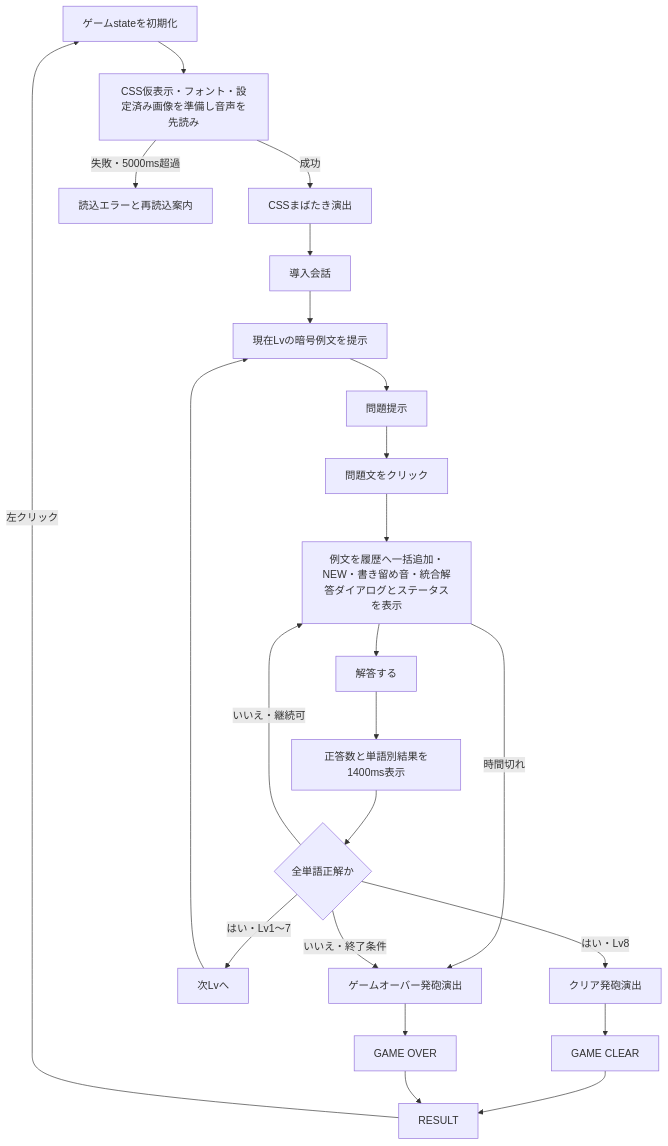
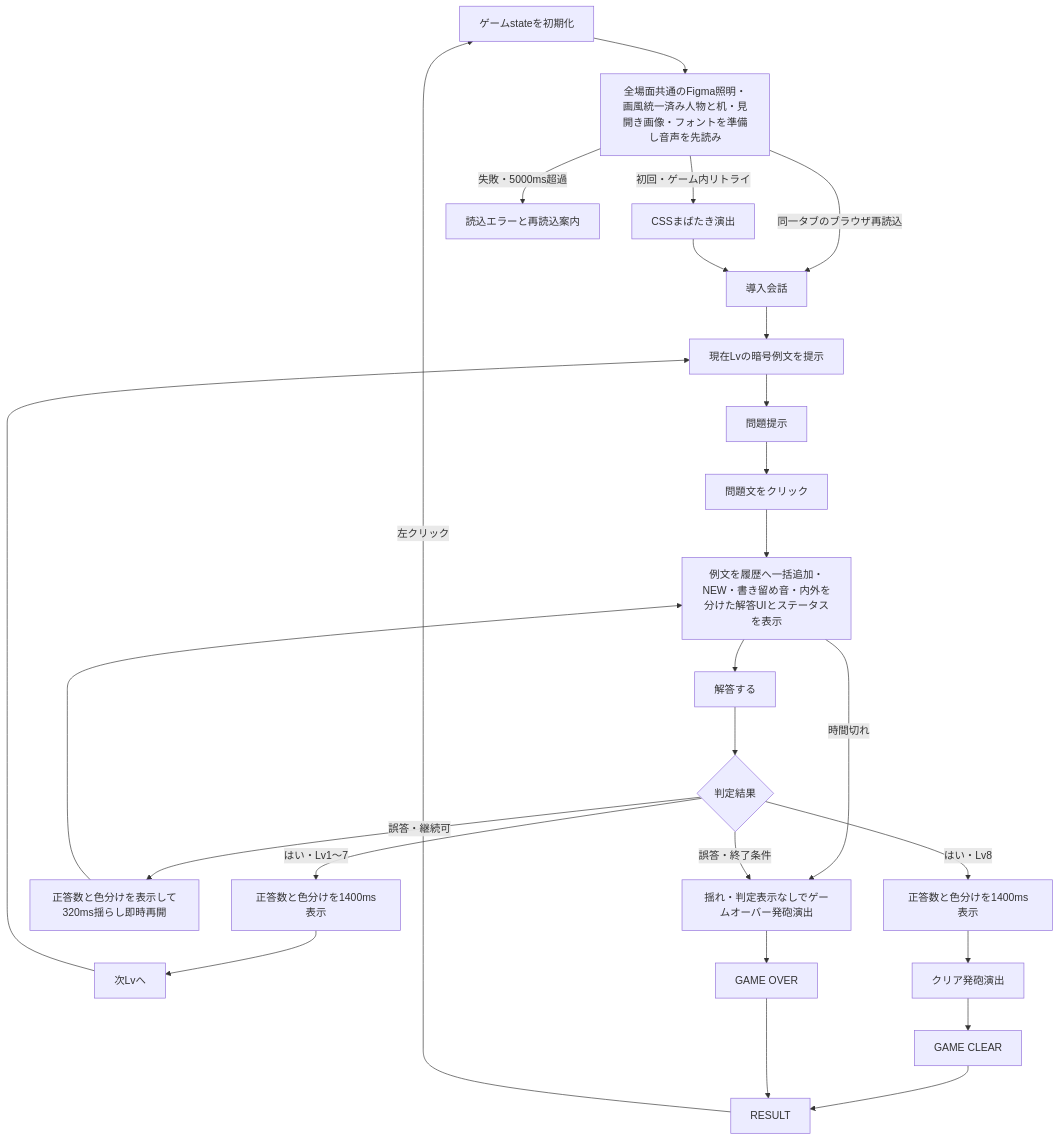
One commit to lycanthr0pes/language-deciphering-game changed the first of 13 diagrams in docs/project-flow.md. Above: the diagram before and after it, drawn with Mermaid. The commit also changed other lines of this file and 58 other files, not shown here.

````diff
--- a/docs/project-flow.md
+++ b/docs/project-flow.md
@@ -20,25 +20,28 @@
 ```mermaid
 flowchart TD
-    A[ゲームstateを初期化] --> B[CSS仮表示・フォント・設定済み画像を準備し音声を先読み]
-    B -->|成功| C[CSSまばたき演出]
+    A[ゲームstateを初期化] --> B[全場面共通のFigma照明・画風統一済み人物と机・見開き画像・フォントを準備し音声を先読み]
+    B -->|初回・ゲーム内リトライ| C[CSSまばたき演出]
+    B -->|同一タブのブラウザ再読込| D[導入会話]
     B -->|失敗・5000ms超過| X[読込エラーと再読込案内]
     C --> D[導入会話]
     D --> E[現在Lvの暗号例文を提示]
     E --> F[問題提示]
     F --> G[問題文をクリック]
-    G --> H[例文を履歴へ一括追加・NEW・書き留め音・統合解答ダイアログとステータスを表示]
+    G --> H[例文を履歴へ一括追加・NEW・書き留め音・内外を分けた解答UIとステータスを表示]
     H -->|時間切れ| N[ゲームオーバー発砲演出]
     H --> I[解答する]
-    I --> J[正答数と単語別結果を1400ms表示]
-    J --> K{全単語正解か}
-    K -->|はい・Lv1〜7| L[次Lvへ]
+    I --> K{判定結果}
+    K -->|誤答・継続可| R[正答数と色分けを表示して320ms揺らし即時再開]
+    R --> H
+    K -->|はい・Lv1〜7| J[正答数と色分けを1400ms表示]
+    J --> L[次Lvへ]
     L --> E
-    K -->|はい・Lv8| M[クリア発砲演出]
-    K -->|いいえ・継続可| H
-    K -->|いいえ・終了条件| N[ゲームオーバー発砲演出]
+    K -->|はい・Lv8| S[正答数と色分けを1400ms表示]
+    S --> M[クリア発砲演出]
+    K -->|誤答・終了条件| N[揺れ・判定表示なしでゲームオーバー発砲演出]
     M --> O[GAME CLEAR]
     N --> P[GAME OVER]
     O --> Q[RESULT]
     P --> Q
     Q -->|左クリック| A
 ```
````
